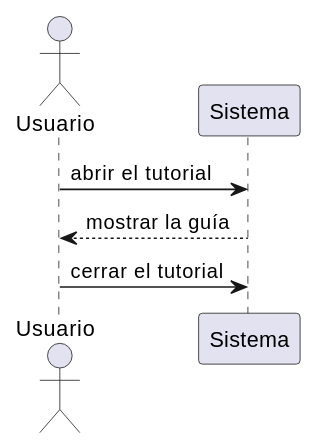
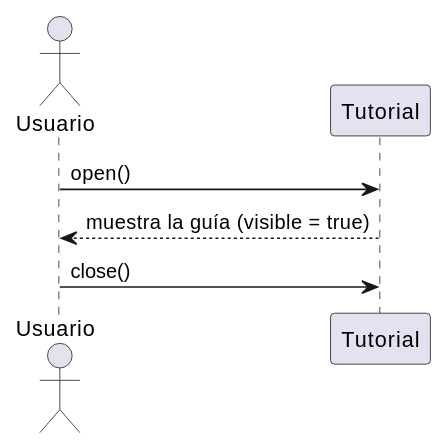
Diagram 13 of 15 in claude/memoria-cap4-analisis.md (IgnacioMol/Epicycloid_generator), drawn with PlantUML before and after one commit. The commit also changed other lines of this file and 1 other file, not shown here.

````diff
--- a/claude/memoria-cap4-analisis.md
+++ b/claude/memoria-cap4-analisis.md
@@ -607,10 +785,10 @@
 ```plantuml
 @startuml SecTutorial
 actor Usuario
-participant "Sistema" as S
+participant "Tutorial" as T
 
-Usuario -> S : abrir el tutorial
-S --> Usuario : mostrar la guía
-Usuario -> S : cerrar el tutorial
+Usuario -> T : open()
+T --> Usuario : muestra la guía (visible = true)
+Usuario -> T : close()
 @enduml
 ```
````
